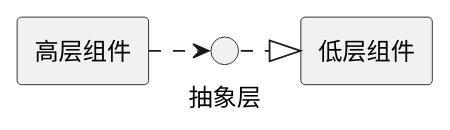
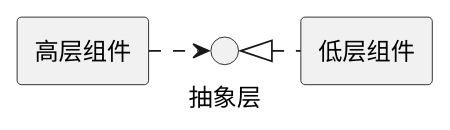
The diagram in resources/principles/uml/DependencyInversionPattern.puml (kokasumi/design-pattern-notes), drawn with PlantUML before and after one commit. The commit also changed 2 other files, not shown here.

```diff
--- a/resources/principles/uml/DependencyInversionPattern.puml
+++ b/resources/principles/uml/DependencyInversionPattern.puml
@@ -1,7 +1,7 @@
 @startuml
 skinparam componentStyle rectangle
 
 interface 抽象层
-[低层组件] <|..left.抽象层
+[低层组件] ..left.|> 抽象层
 抽象层 <..left. [高层组件]
 @enduml
```
